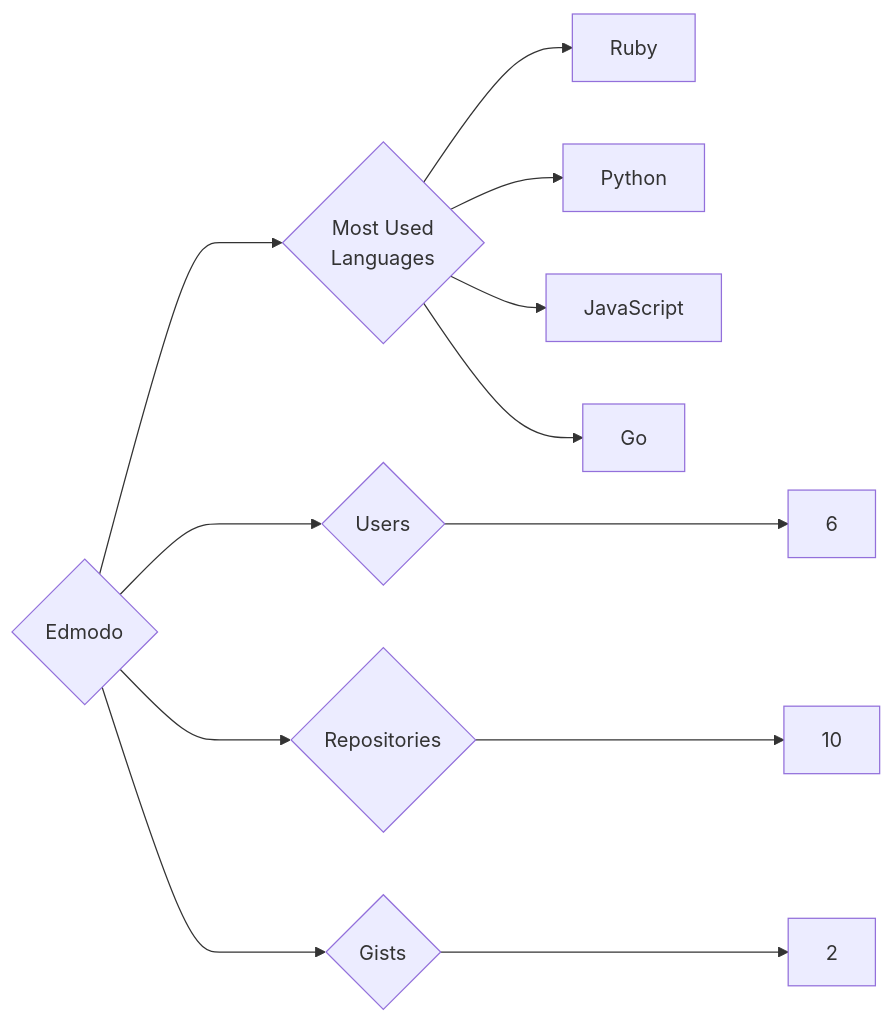
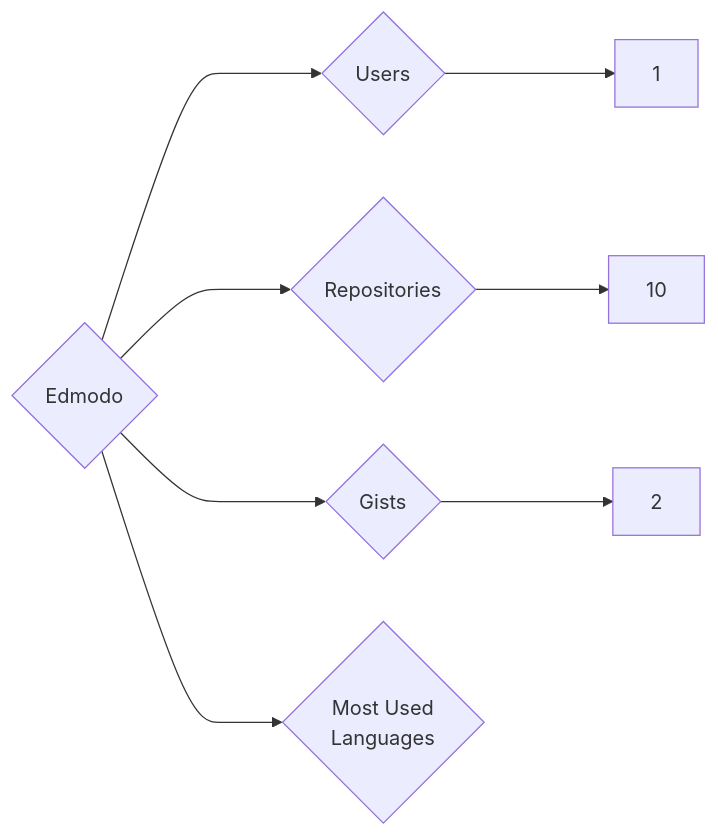
Before and after one commit to trickest/insiders: the diagram in targets/Edmodo/README.md, drawn with Mermaid. The commit also changed 861 other files, not shown here.

````diff
--- a/targets/Edmodo/README.md
+++ b/targets/Edmodo/README.md
@@ -3,12 +3,8 @@
 ```mermaid
 graph LR
 COMPANY_NAME{Edmodo}
-COMPANY_NAME ---> U{Users} ---> UN[6]
+COMPANY_NAME ---> U{Users} ---> UN[1]
 COMPANY_NAME ---> R{Repositories} ---> RN[10]
 COMPANY_NAME ---> G{Gists} ---> GN[2]
 COMPANY_NAME ---> ML{Most Used<br>Languages}
-ML --> Ruby[Ruby]
-ML --> Python[Python]
-ML --> JavaScript[JavaScript]
-ML --> Go[Go]
 ```
````
